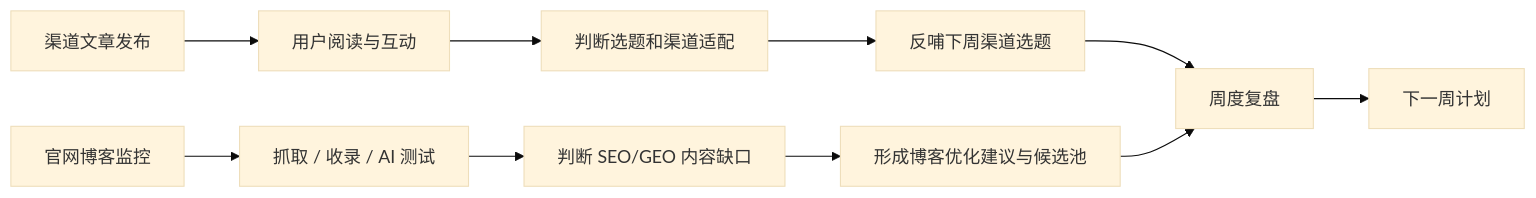
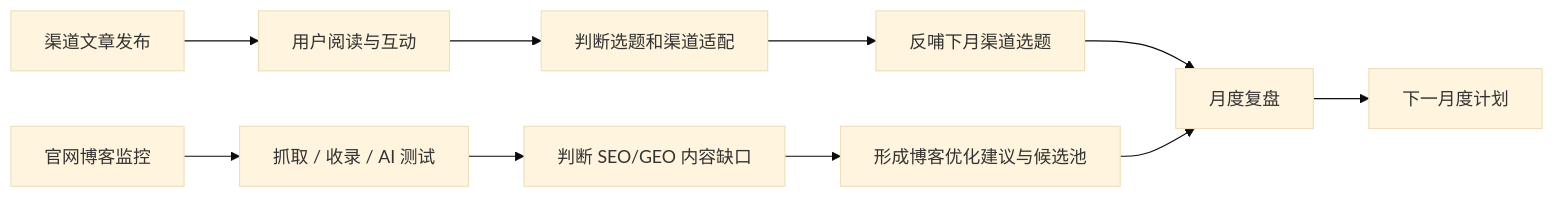
The second of 5 diagrams in docs/MVP-PRD1.md (1736280642-Star/gtm-content-growth-workbench), drawn with Mermaid (base theme) before and after one commit. The commit also changed other lines of this file and 63 other files, not shown here.

````diff
--- a/docs/MVP-PRD1.md
+++ b/docs/MVP-PRD1.md
@@ -224,14 +216,14 @@
 ```mermaid
 flowchart LR
     A["渠道文章发布"] --> B["用户阅读与互动"]
     B --> C["判断选题和渠道适配"]
-    C --> D["反哺下周渠道选题"]
+    C --> D["反哺下月渠道选题"]
 
     E["官网博客监控"] --> F["抓取 / 收录 / AI 测试"]
     F --> G["判断 SEO/GEO 内容缺口"]
     G --> H["形成博客优化建议与候选池"]
 
-    D --> I["周度复盘"]
+    D --> I["月度复盘"]
     H --> I
-    I --> J["下一周计划"]
+    I --> J["下一月度计划"]
 ```
````
